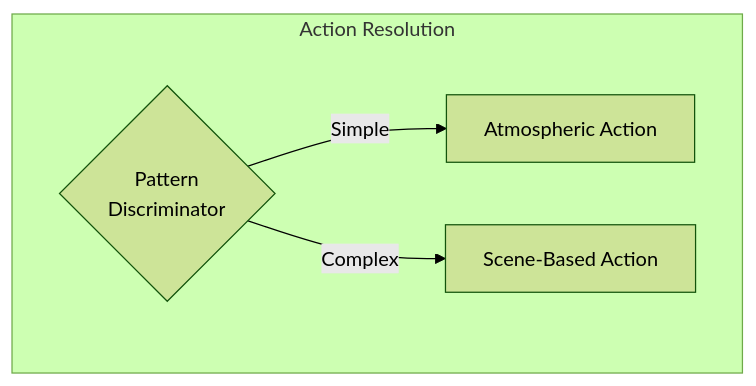
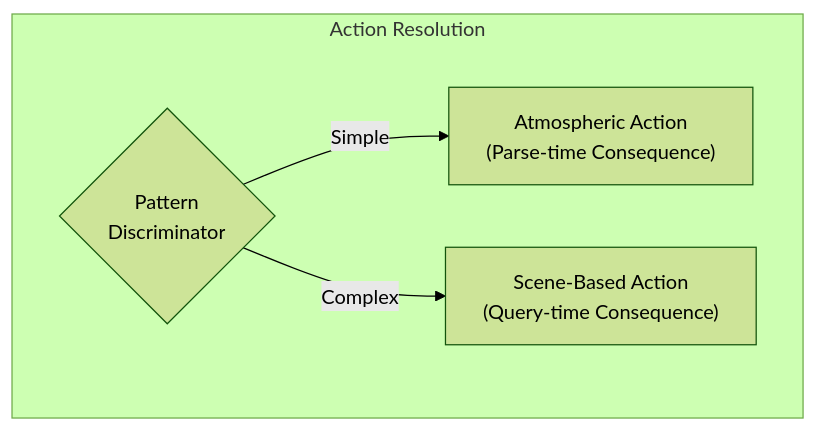
Before and after one commit to meatz89/Wayfarer: the second of 4 diagrams in arc42/08_crosscutting_concepts.md, drawn with Mermaid (forest theme). The commit also changed other lines of this file and 39 other files, not shown here.

````diff
--- a/arc42/08_crosscutting_concepts.md
+++ b/arc42/08_crosscutting_concepts.md
@@ -132,11 +132,11 @@
 ```mermaid
 flowchart TB
     subgraph "Action Resolution"
         Check{"Pattern\nDiscriminator"}
-        Atmospheric["Atmospheric Action"]
-        SceneBased["Scene-Based Action"]
+        Atmospheric["Atmospheric Action\n(Parse-time Consequence)"]
+        SceneBased["Scene-Based Action\n(Query-time Consequence)"]
     end
 
     Check -->|"Simple"| Atmospheric
     Check -->|"Complex"| SceneBased
 ```
````
